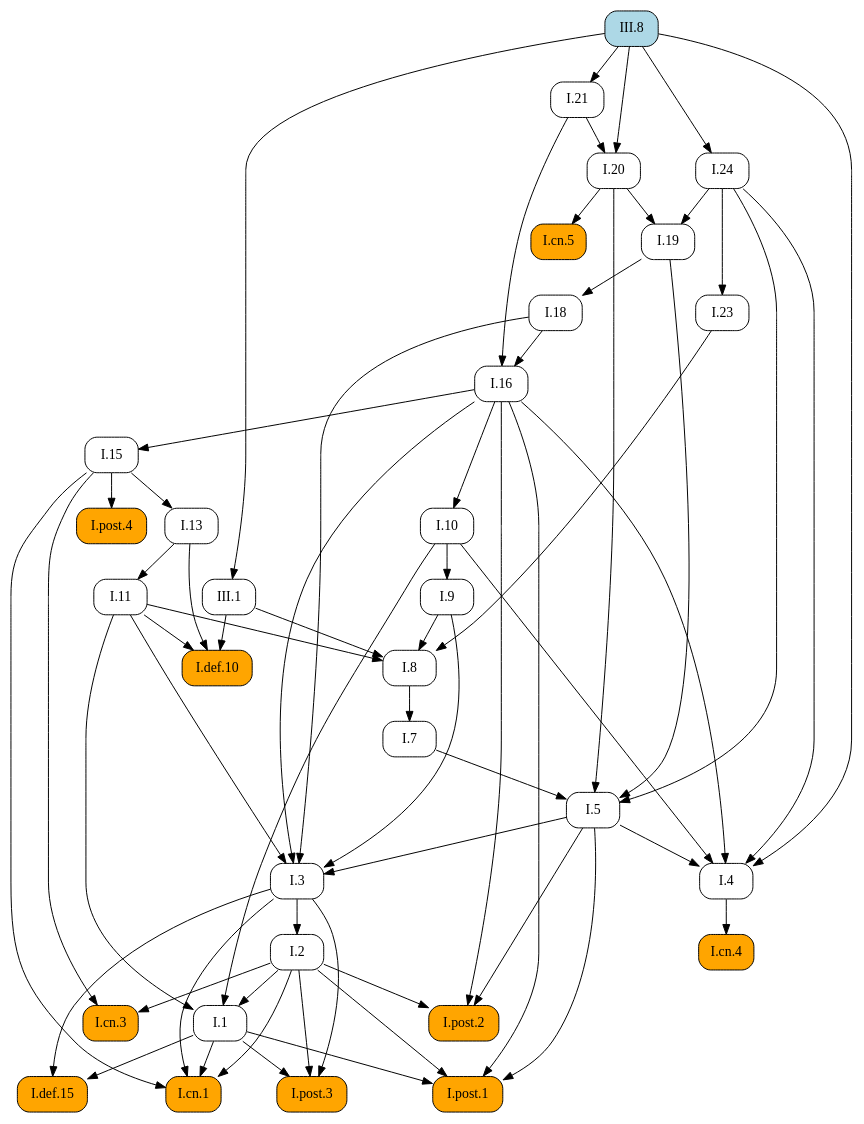
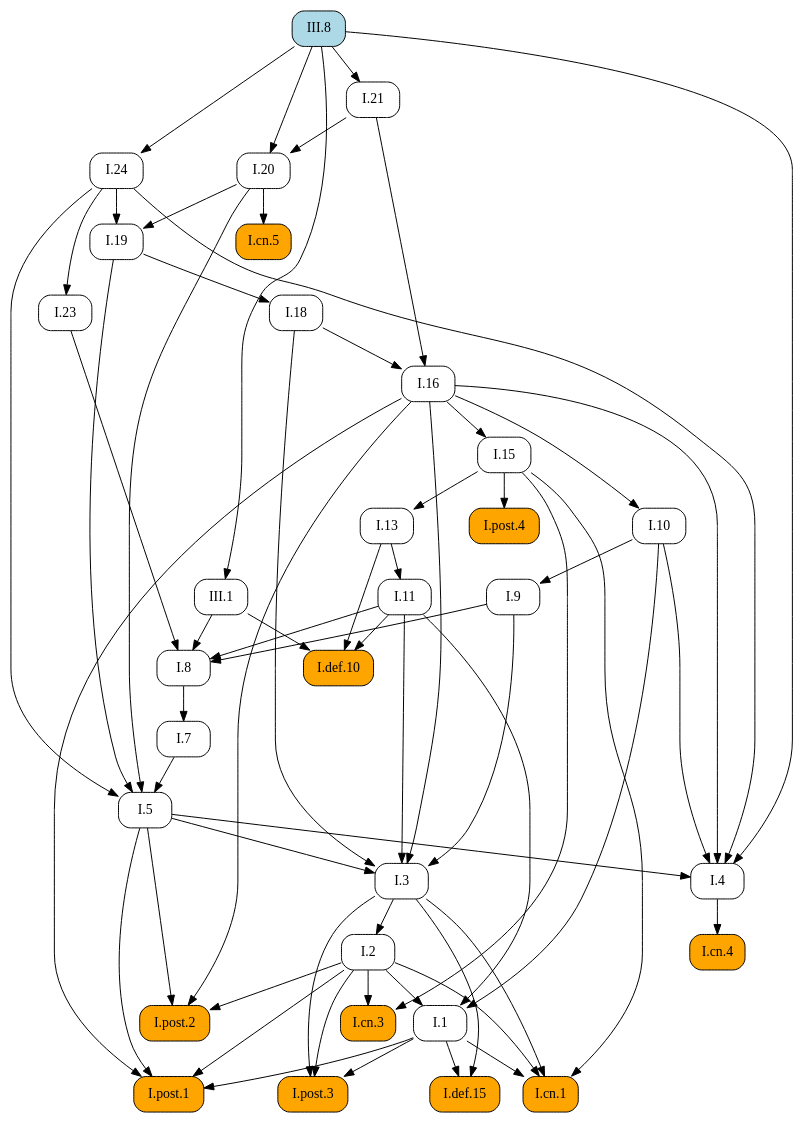
One commit to geometor/elements changed the diagram in docsrc/elements2/III/8/index.rst. Above: the diagram before and after it, drawn with Graphviz. The commit also changed other lines of this file and 409 other files, not shown here.

First line of the commit message:
feat: Add image cropping and graphic extraction script

```diff
--- a/docsrc/elements2/III/8/index.rst
+++ b/docsrc/elements2/III/8/index.rst
@@ -141,98 +141,98 @@
    digraph {
      rankdir="TB";
      node [shape=box, style=rounded];
-     "I.8" [URL="/elements2/I/8/", target="_top"];
+     "I.def.15" [style="rounded,filled", fillcolor=orange, URL="/elements2/I/def.15/", target="_top"];
      "I.19" [URL="/elements2/I/19/", target="_top"];
-     "I.1" [URL="/elements2/I/1/", target="_top"];
-     "I.cn.4" [style="rounded,filled", fillcolor=orange, URL="/elements2/I/cn.4/", target="_top"];
-     "I.cn.3" [style="rounded,filled", fillcolor=orange, URL="/elements2/I/cn.3/", target="_top"];
-     "I.7" [URL="/elements2/I/7/", target="_top"];
-     "I.post.1" [style="rounded,filled", fillcolor=orange, URL="/elements2/I/post.1/", target="_top"];
-     "I.9" [URL="/elements2/I/9/", target="_top"];
-     "I.5" [URL="/elements2/I/5/", target="_top"];
-     "I.cn.1" [style="rounded,filled", fillcolor=orange, URL="/elements2/I/cn.1/", target="_top"];
-     "I.16" [URL="/elements2/I/16/", target="_top"];
      "I.def.10" [style="rounded,filled", fillcolor=orange, URL="/elements2/I/def.10/", target="_top"];
      "I.18" [URL="/elements2/I/18/", target="_top"];
+     "I.11" [URL="/elements2/I/11/", target="_top"];
+     "I.8" [URL="/elements2/I/8/", target="_top"];
+     "I.5" [URL="/elements2/I/5/", target="_top"];
+     "I.15" [URL="/elements2/I/15/", target="_top"];
+     "I.3" [URL="/elements2/I/3/", target="_top"];
+     "III.1" [URL="/elements2/III/1/", target="_top"];
+     "III.8" [style="rounded,filled", fillcolor=lightblue, URL="/elements2/III/8/", target="_top"];
+     "I.10" [URL="/elements2/I/10/", target="_top"];
      "I.21" [URL="/elements2/I/21/", target="_top"];
+     "I.cn.1" [style="rounded,filled", fillcolor=orange, URL="/elements2/I/cn.1/", target="_top"];
+     "I.cn.3" [style="rounded,filled", fillcolor=orange, URL="/elements2/I/cn.3/", target="_top"];
+     "I.cn.5" [style="rounded,filled", fillcolor=orange, URL="/elements2/I/cn.5/", target="_top"];
      "I.13" [URL="/elements2/I/13/", target="_top"];
+     "I.4" [URL="/elements2/I/4/", target="_top"];
+     "I.post.3" [style="rounded,filled", fillcolor=orange, URL="/elements2/I/post.3/", target="_top"];
+     "I.7" [URL="/elements2/I/7/", target="_top"];
+     "I.9" [URL="/elements2/I/9/", target="_top"];
+     "I.23" [URL="/elements2/I/23/", target="_top"];
+     "I.16" [URL="/elements2/I/16/", target="_top"];
+     "I.24" [URL="/elements2/I/24/", target="_top"];
+     "I.post.1" [style="rounded,filled", fillcolor=orange, URL="/elements2/I/post.1/", target="_top"];
+     "I.2" [URL="/elements2/I/2/", target="_top"];
+     "I.cn.4" [style="rounded,filled", fillcolor=orange, URL="/elements2/I/cn.4/", target="_top"];
      "I.post.4" [style="rounded,filled", fillcolor=orange, URL="/elements2/I/post.4/", target="_top"];
-     "I.2" [URL="/elements2/I/2/", target="_top"];
-     "III.8" [style="rounded,filled", fillcolor=lightblue, URL="/elements2/III/8/", target="_top"];
-     "I.def.15" [style="rounded,filled", fillcolor=orange, URL="/elements2/I/def.15/", target="_top"];
-     "I.4" [URL="/elements2/I/4/", target="_top"];
-     "I.24" [URL="/elements2/I/24/", target="_top"];
-     "I.cn.5" [style="rounded,filled", fillcolor=orange, URL="/elements2/I/cn.5/", target="_top"];
-     "III.1" [URL="/elements2/III/1/", target="_top"];
-     "I.11" [URL="/elements2/I/11/", target="_top"];
-     "I.10" [URL="/elements2/I/10/", target="_top"];
-     "I.15" [URL="/elements2/I/15/", target="_top"];
+     "I.1" [URL="/elements2/I/1/", target="_top"];
      "I.20" [URL="/elements2/I/20/", target="_top"];
-     "I.3" [URL="/elements2/I/3/", target="_top"];
      "I.post.2" [style="rounded,filled", fillcolor=orange, URL="/elements2/I/post.2/", target="_top"];
-     "I.23" [URL="/elements2/I/23/", target="_top"];
-     "I.post.3" [style="rounded,filled", fillcolor=orange, URL="/elements2/I/post.3/", target="_top"];
+     "I.1" -> "I.def.15";
+     "I.3" -> "I.def.15";
+     "I.20" -> "I.19";
+     "I.24" -> "I.19";
+     "I.11" -> "I.def.10";
+     "I.13" -> "I.def.10";
+     "III.1" -> "I.def.10";
+     "I.19" -> "I.18";
+     "I.13" -> "I.11";
      "I.9" -> "I.8";
      "I.11" -> "I.8";
      "I.23" -> "I.8";
      "III.1" -> "I.8";
-     "I.20" -> "I.19";
-     "I.24" -> "I.19";
-     "I.2" -> "I.1";
-     "I.10" -> "I.1";
-     "I.11" -> "I.1";
-     "I.4" -> "I.cn.4";
-     "I.2" -> "I.cn.3";
-     "I.15" -> "I.cn.3";
-     "I.8" -> "I.7";
-     "I.1" -> "I.post.1";
-     "I.2" -> "I.post.1";
-     "I.5" -> "I.post.1";
-     "I.16" -> "I.post.1";
-     "I.10" -> "I.9";
      "I.7" -> "I.5";
      "I.19" -> "I.5";
      "I.20" -> "I.5";
      "I.24" -> "I.5";
+     "I.16" -> "I.15";
+     "I.5" -> "I.3";
+     "I.9" -> "I.3";
+     "I.11" -> "I.3";
+     "I.16" -> "I.3";
+     "I.18" -> "I.3";
+     "III.8" -> "III.1";
+     "I.16" -> "I.10";
+     "III.8" -> "I.21";
      "I.1" -> "I.cn.1";
      "I.2" -> "I.cn.1";
      "I.3" -> "I.cn.1";
      "I.15" -> "I.cn.1";
-     "I.18" -> "I.16";
-     "I.21" -> "I.16";
-     "I.11" -> "I.def.10";
-     "I.13" -> "I.def.10";
-     "III.1" -> "I.def.10";
-     "I.19" -> "I.18";
-     "III.8" -> "I.21";
+     "I.2" -> "I.cn.3";
+     "I.15" -> "I.cn.3";
+     "I.20" -> "I.cn.5";
      "I.15" -> "I.13";
-     "I.15" -> "I.post.4";
-     "I.3" -> "I.2";
-     "I.1" -> "I.def.15";
-     "I.3" -> "I.def.15";
      "I.5" -> "I.4";
      "I.10" -> "I.4";
      "I.16" -> "I.4";
      "I.24" -> "I.4";
      "III.8" -> "I.4";
+     "I.1" -> "I.post.3";
+     "I.2" -> "I.post.3";
+     "I.3" -> "I.post.3";
+     "I.8" -> "I.7";
+     "I.10" -> "I.9";
+     "I.24" -> "I.23";
+     "I.18" -> "I.16";
+     "I.21" -> "I.16";
      "III.8" -> "I.24";
-     "I.20" -> "I.cn.5";
-     "III.8" -> "III.1";
-     "I.13" -> "I.11";
-     "I.16" -> "I.10";
-     "I.16" -> "I.15";
+     "I.1" -> "I.post.1";
+     "I.2" -> "I.post.1";
+     "I.5" -> "I.post.1";
+     "I.16" -> "I.post.1";
+     "I.3" -> "I.2";
+     "I.4" -> "I.cn.4";
+     "I.15" -> "I.post.4";
+     "I.2" -> "I.1";
+     "I.10" -> "I.1";
+     "I.11" -> "I.1";
      "I.21" -> "I.20";
      "III.8" -> "I.20";
-     "I.5" -> "I.3";
-     "I.9" -> "I.3";
-     "I.11" -> "I.3";
-     "I.16" -> "I.3";
-     "I.18" -> "I.3";
      "I.2" -> "I.post.2";
      "I.5" -> "I.post.2";
      "I.16" -> "I.post.2";
-     "I.24" -> "I.23";
-     "I.1" -> "I.post.3";
-     "I.2" -> "I.post.3";
-     "I.3" -> "I.post.3";
    }
```
